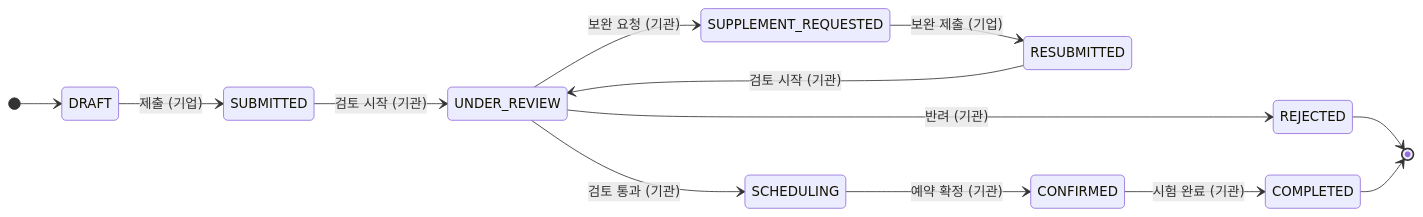
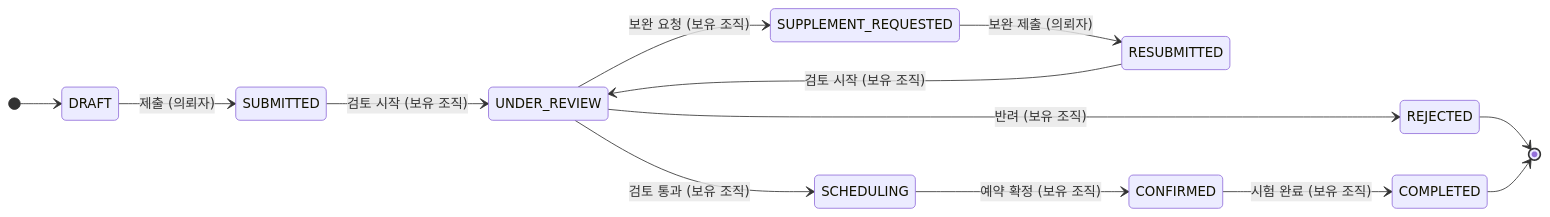
One commit to capstoneastra/Astra_Back changed the eighth of 8 diagrams in README.md. Above: the diagram before and after it, drawn with Mermaid. The commit also changed other lines of this file and 1 other file, not shown here.

````diff
--- a/README.md
+++ b/README.md
@@ -732,16 +743,16 @@
 ```mermaid
 stateDiagram-v2
     direction LR
     [*] --> DRAFT
-    DRAFT --> SUBMITTED : 제출 (기업)
-    SUBMITTED --> UNDER_REVIEW : 검토 시작 (기관)
-    UNDER_REVIEW --> SUPPLEMENT_REQUESTED : 보완 요청 (기관)
-    SUPPLEMENT_REQUESTED --> RESUBMITTED : 보완 제출 (기업)
-    RESUBMITTED --> UNDER_REVIEW : 검토 시작 (기관)
-    UNDER_REVIEW --> SCHEDULING : 검토 통과 (기관)
-    UNDER_REVIEW --> REJECTED : 반려 (기관)
-    SCHEDULING --> CONFIRMED : 예약 확정 (기관)
-    CONFIRMED --> COMPLETED : 시험 완료 (기관)
+    DRAFT --> SUBMITTED : 제출 (의뢰자)
+    SUBMITTED --> UNDER_REVIEW : 검토 시작 (보유 조직)
+    UNDER_REVIEW --> SUPPLEMENT_REQUESTED : 보완 요청 (보유 조직)
+    SUPPLEMENT_REQUESTED --> RESUBMITTED : 보완 제출 (의뢰자)
+    RESUBMITTED --> UNDER_REVIEW : 검토 시작 (보유 조직)
+    UNDER_REVIEW --> SCHEDULING : 검토 통과 (보유 조직)
+    UNDER_REVIEW --> REJECTED : 반려 (보유 조직)
+    SCHEDULING --> CONFIRMED : 예약 확정 (보유 조직)
+    CONFIRMED --> COMPLETED : 시험 완료 (보유 조직)
     REJECTED --> [*]
     COMPLETED --> [*]
 ```
````
